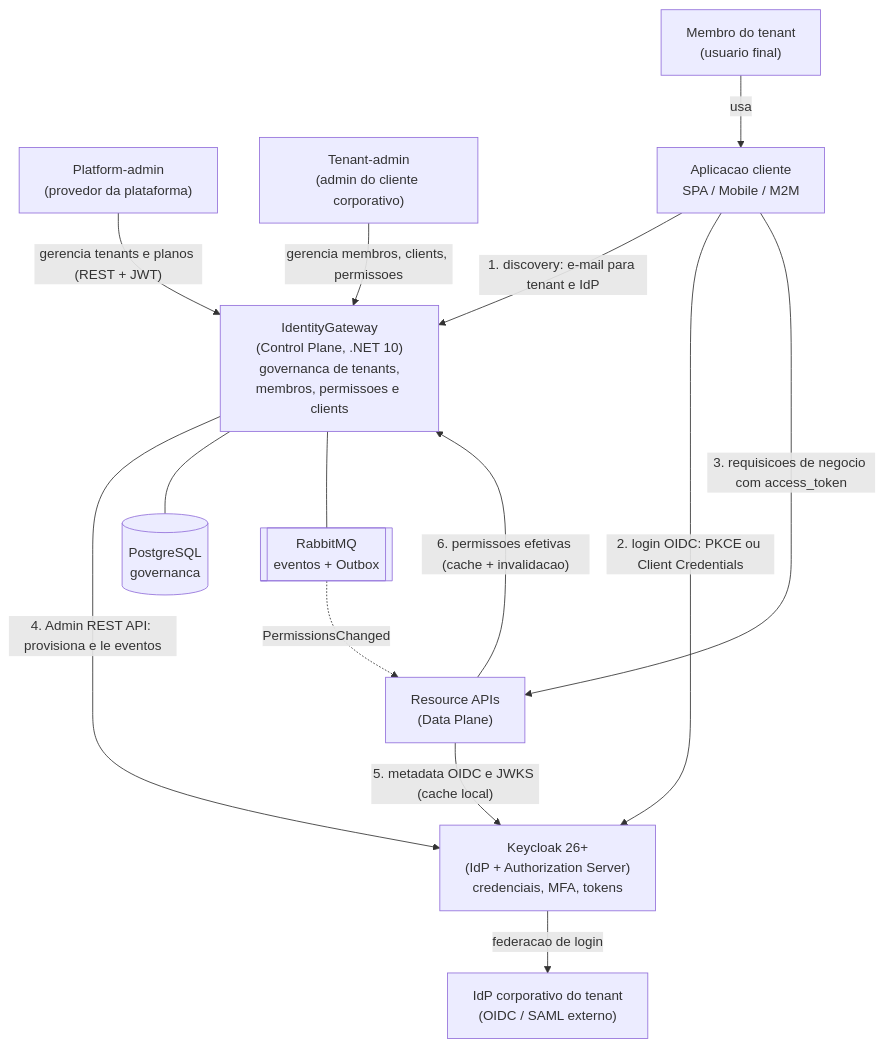
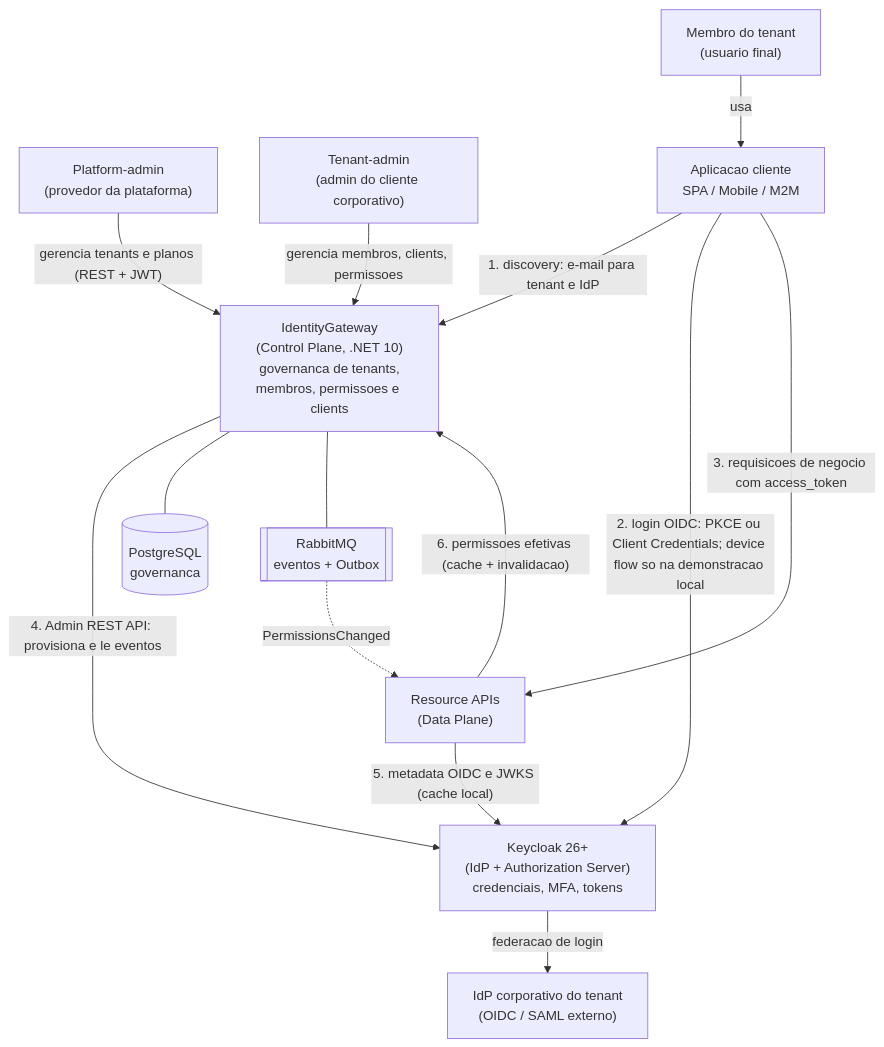
The first of 16 diagrams in docs/documentacao-negocio.md (Joseleno/identity-gateway), drawn with Mermaid before and after one commit. The commit also changed other lines of this file and 4 other files, not shown here.

````diff
--- a/docs/documentacao-negocio.md
+++ b/docs/documentacao-negocio.md
@@ -173,33 +184,33 @@
 ```mermaid
 graph TD
     PA["Platform-admin<br/>(provedor da plataforma)"]
     TA["Tenant-admin<br/>(admin do cliente corporativo)"]
     MB["Membro do tenant<br/>(usuario final)"]
 
     APP["Aplicacao cliente<br/>SPA / Mobile / M2M"]
     RAPI["Resource APIs<br/>(Data Plane)"]
 
     IG["IdentityGateway<br/>(Control Plane, .NET 10)<br/>governanca de tenants,<br/>membros, permissoes e clients"]
     KC["Keycloak 26+<br/>(IdP + Authorization Server)<br/>credenciais, MFA, tokens"]
     IDP["IdP corporativo do tenant<br/>(OIDC / SAML externo)"]
 
     DB[("PostgreSQL<br/>governanca")]
     MQ[["RabbitMQ<br/>eventos + Outbox"]]
 
     PA -->|"gerencia tenants e planos (REST + JWT)"| IG
     TA -->|"gerencia membros, clients, permissoes"| IG
     MB -->|"usa"| APP
 
     APP -->|"1. discovery: e-mail para tenant e IdP"| IG
-    APP -->|"2. login OIDC: PKCE ou Client Credentials"| KC
+    APP -->|"2. login OIDC: PKCE ou Client Credentials; device flow so na demonstracao local"| KC
     APP -->|"3. requisicoes de negocio com access_token"| RAPI
 
     IG -->|"4. Admin REST API: provisiona e le eventos"| KC
     RAPI -->|"5. metadata OIDC e JWKS (cache local)"| KC
     RAPI -->|"6. permissoes efetivas (cache + invalidacao)"| IG
 
     KC -->|"federacao de login"| IDP
     IG --- DB
     IG --- MQ
     MQ -.->|"PermissionsChanged"| RAPI
 ```
````
